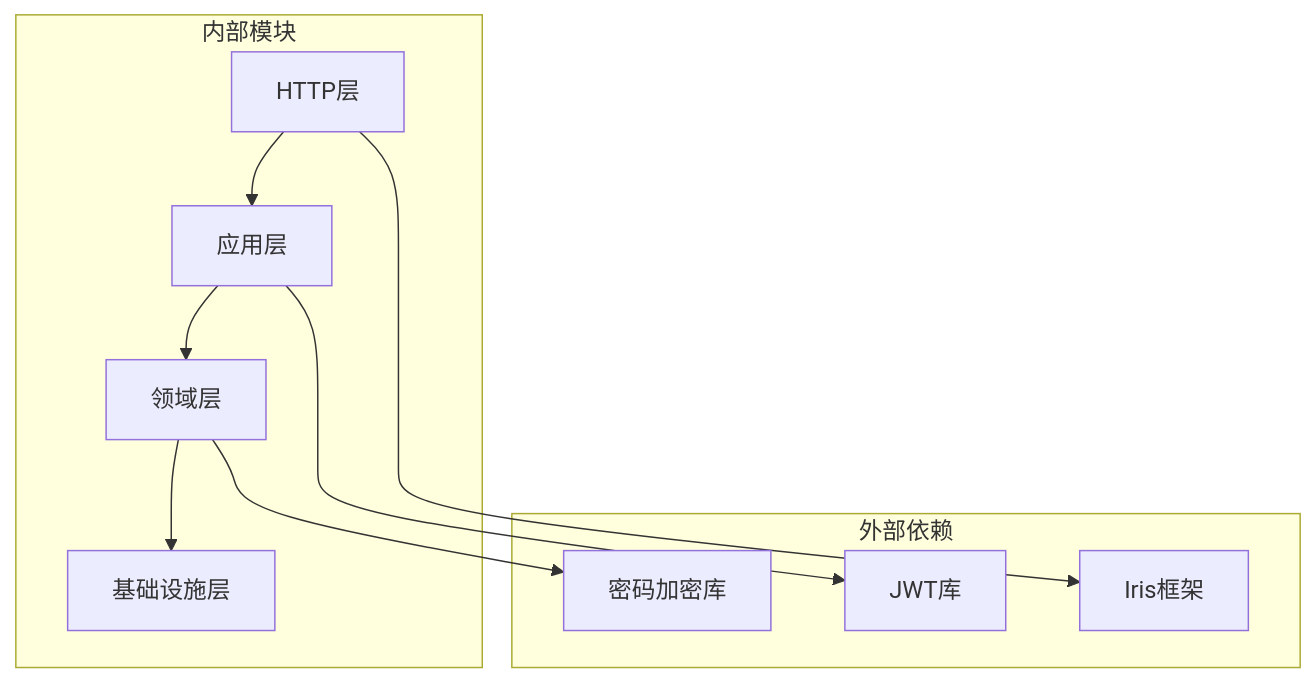
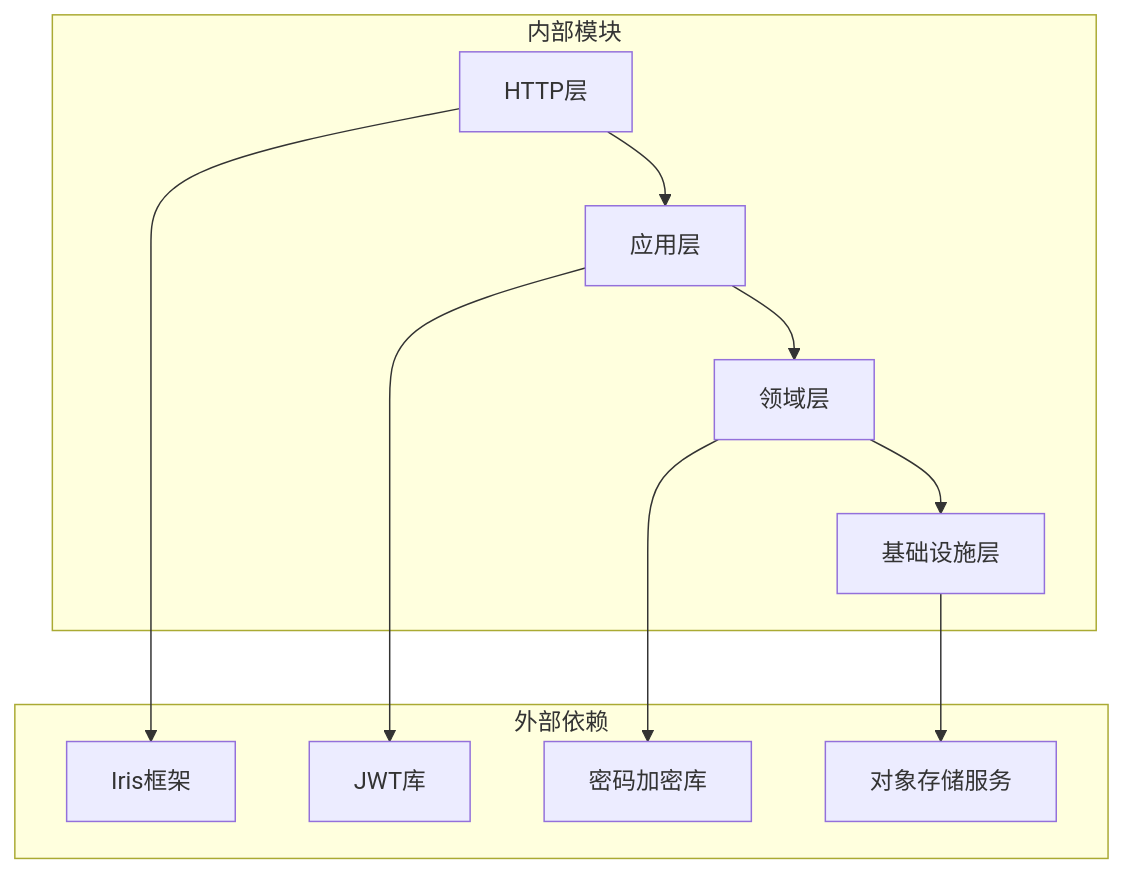
One commit to ATOMLubover/poprako changed the sixth of 6 diagrams in .qoder/repowiki/zh/content/API 接口文档/用户管理接口.md. Above: the diagram before and after it, drawn with Mermaid. The commit also changed other lines of this file and 5 other files, not shown here.

````diff
--- a/.qoder/repowiki/zh/content/API 接口文档/用户管理接口.md
+++ b/.qoder/repowiki/zh/content/API 接口文档/用户管理接口.md
@@ -339,20 +382,22 @@
 ```mermaid
 graph TB
 subgraph "外部依赖"
 Iris[Iris框架]
 JWT[JWT库]
 Bcrypt[密码加密库]
+OSS[对象存储服务]
 end
 subgraph "内部模块"
 HTTP[HTTP层]
 APP[应用层]
 DOMAIN[领域层]
 INFRA[基础设施层]
 end
 HTTP --> APP
 APP --> DOMAIN
 DOMAIN --> INFRA
 HTTP --> Iris
 APP --> JWT
 DOMAIN --> Bcrypt
+INFRA --> OSS
 ```
````
